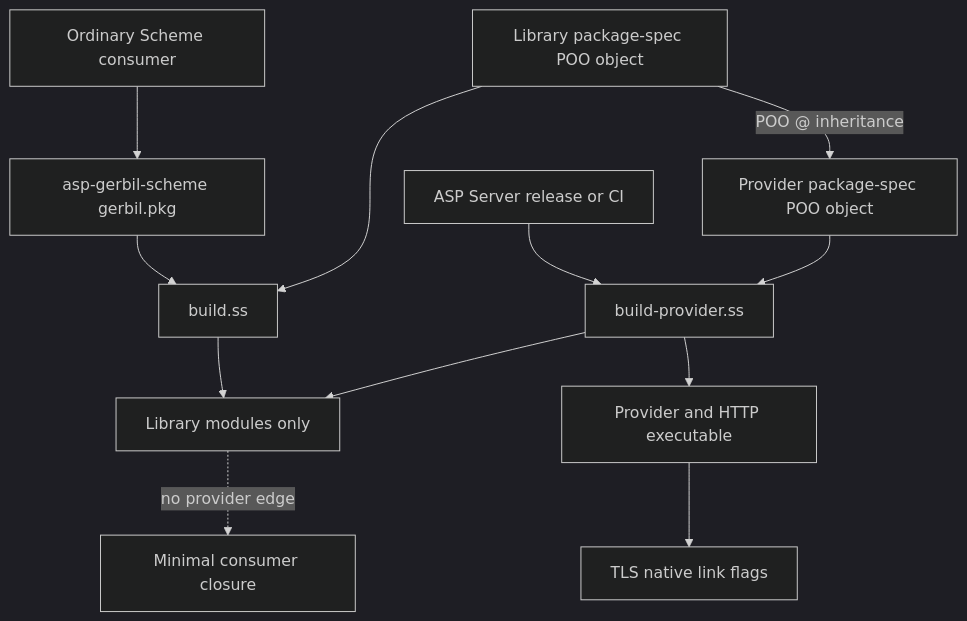
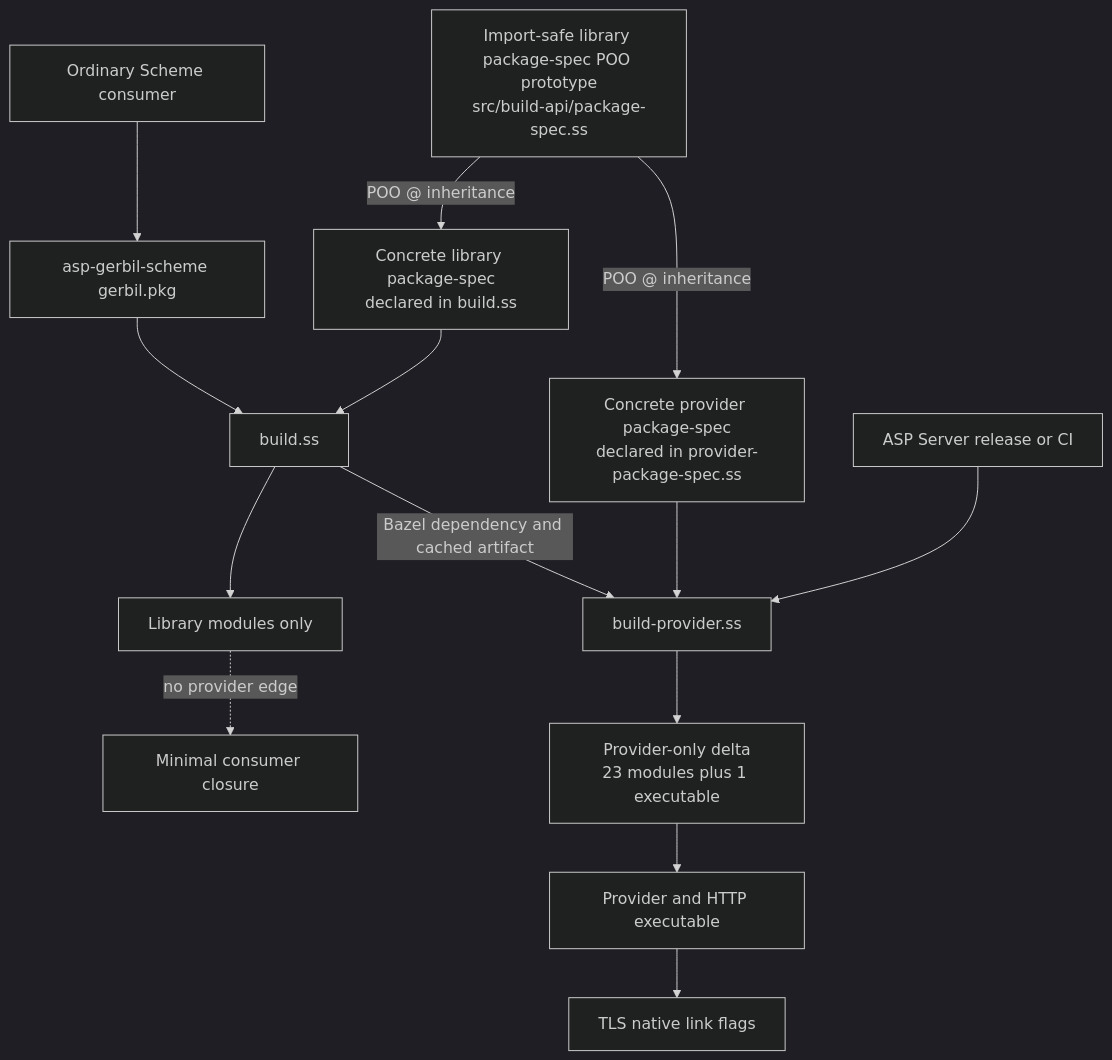
One commit to tao3k/asp-gerbil-scheme changed the third of 3 diagrams in docs/30-39-building/31.07-native-gerbil-declarative-boundary.org. Above: the diagram before and after it, drawn with Mermaid (dark theme). The commit also changed other lines of this file and 12 other files, not shown here.

Commit message:
refactor: isolate provider package build delta

```diff
--- a/docs/30-39-building/31.07-native-gerbil-declarative-boundary.org
+++ b/docs/30-39-building/31.07-native-gerbil-declarative-boundary.org
@@ -100,14 +116,17 @@
 #+begin_src mermaid
 flowchart TD
     Consumer[Ordinary Scheme consumer] --> Manifest[asp-gerbil-scheme gerbil.pkg]
     Manifest --> LibraryBuild[build.ss]
-    LibraryObject[Library package-spec POO object] --> LibraryBuild
-    LibraryObject -->|POO @ inheritance| ProviderObject[Provider package-spec POO object]
+    Prototype[Import-safe library package-spec POO prototype<br/>src/build-api/package-spec.ss]
+    Prototype -->|POO @ inheritance| LibraryObject[Concrete library package-spec<br/>declared in build.ss]
+    Prototype -->|POO @ inheritance| ProviderObject[Concrete provider package-spec<br/>declared in provider-package-spec.ss]
+    LibraryObject --> LibraryBuild
     LibraryBuild --> Libraries[Library modules only]
     ServerRelease[ASP Server release or CI] --> ProviderBuild[build-provider.ss]
     ProviderObject --> ProviderBuild
-    ProviderBuild --> Libraries
-    ProviderBuild --> Provider[Provider and HTTP executable]
+    LibraryBuild -->|Bazel dependency and cached artifact| ProviderBuild
+    ProviderBuild --> ProviderDelta[Provider-only delta<br/>23 modules plus 1 executable]
+    ProviderDelta --> Provider[Provider and HTTP executable]
     Provider --> TLS[TLS native link flags]
     Libraries -. no provider edge .-> ConsumerRuntime[Minimal consumer closure]
 #+end_src
```
